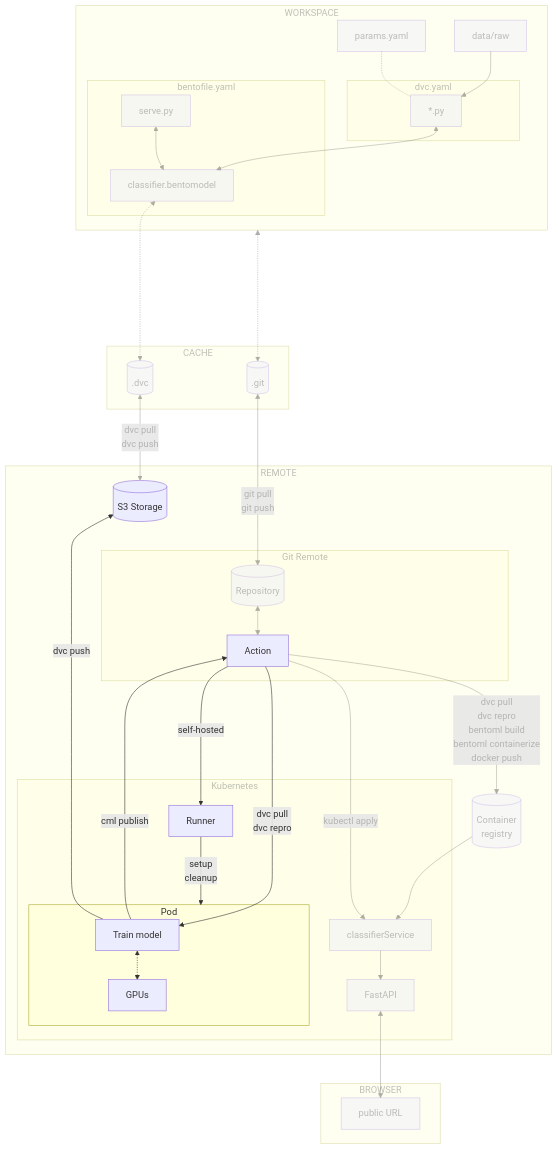
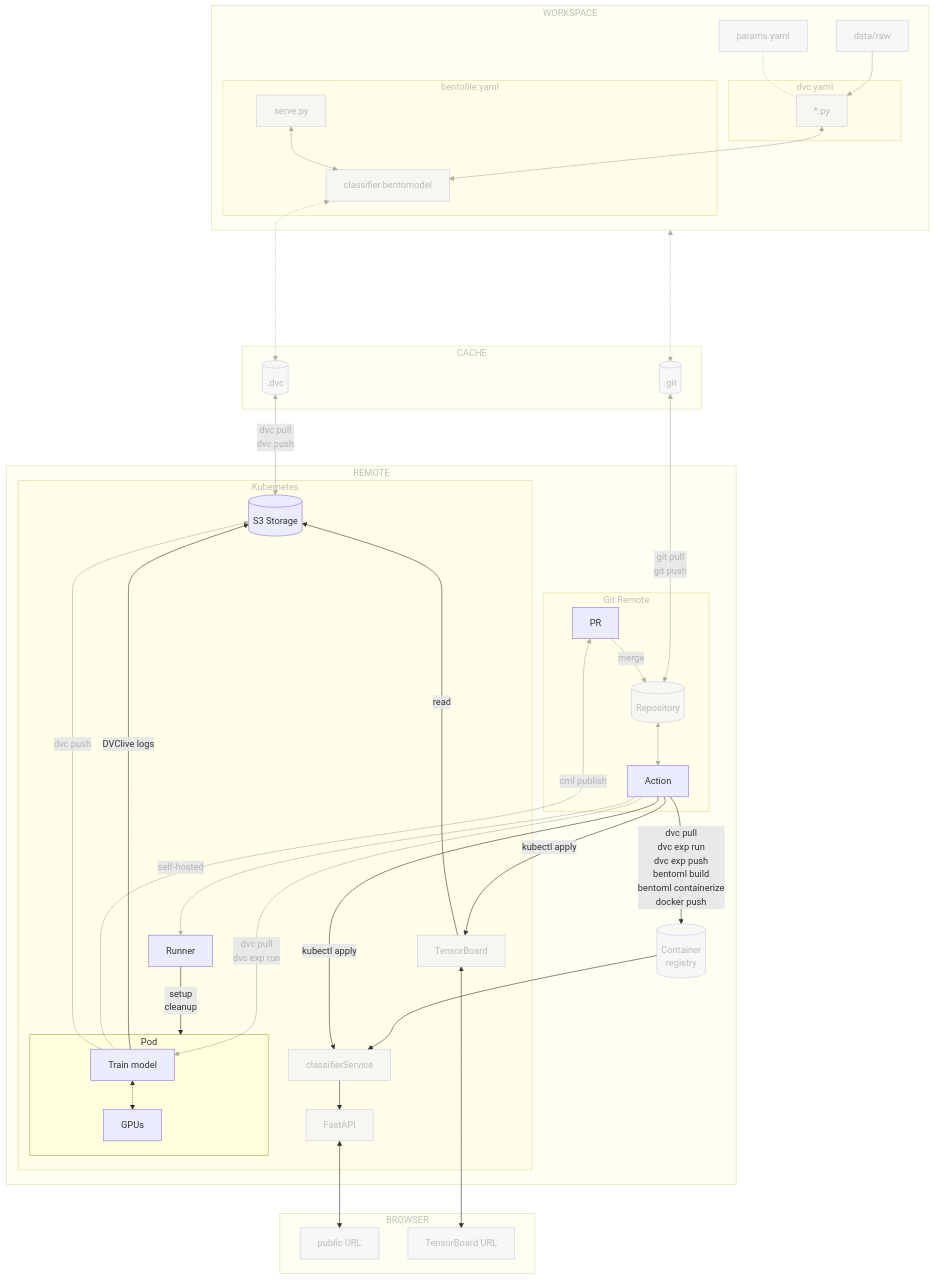
Before and after one commit to swiss-ai-center/a-guide-to-mlops: the diagram in docs/part-3-serve-and-deploy/chapter-38-train-the-model-on-a-kubernetes-pod.md, drawn with Mermaid. The commit also changed other lines of this file, not shown here.

Commit message:
Extend Kubernetes training chapter with DVC experiments, DVClive, and TensorBoard

```diff
--- a/docs/part-3-serve-and-deploy/chapter-38-train-the-model-on-a-kubernetes-pod.md
+++ b/docs/part-3-serve-and-deploy/chapter-38-train-the-model-on-a-kubernetes-pod.md
@@ -52,13 +57,15 @@
         s3_storage
         subgraph gitGraph[Git Remote]
             repository[(Repository)] <--> action[Action]
+            request[PR] --> |merge|repository
         end
         action --> |dvc pull
-                    dvc repro
+                    dvc exp run
+                    dvc exp push
                     bentoml build
                     bentoml containerize
                     docker push|registry
-        s3_storage ~~~ repository
+        s3_storage ~~~ request
         subgraph clusterGraph[Kubernetes]
             subgraph clusterPodGraph[Pod]
                 pod_train[Train model] <-.-> k8s_gpu[GPUs]
@@ -66,20 +73,24 @@
             pod_runner[Runner] --> |setup
                                     cleanup|clusterPodGraph
             action -->|dvc pull
-                       dvc repro| pod_train
+                       dvc exp run| pod_train
+            pod_train -->|DVClive logs| s3_storage
+            pod_tensorboard[TensorBoard] -->|read| s3_storage
             bento_service_cluster[classifierService] --> k8s_fastapi[FastAPI]
         end
         action --> |self-hosted|pod_runner
-        pod_train -->|cml publish| action
+        pod_train -->|cml publish| request
         pod_train -->|dvc push| s3_storage
 
         registry[(Container
                   registry)] --> bento_service_cluster
         action --> |kubectl apply|bento_service_cluster
+        action --> |kubectl apply|pod_tensorboard
     end
 
     subgraph browserGraph[BROWSER]
         k8s_fastapi <--> publicURL["public URL"]
+        pod_tensorboard <--> tensorboardURL["TensorBoard URL"]
     end
 
     style workspaceGraph opacity:0.4,color:#7f7f7f80
@@ -102,6 +113,8 @@
     style k8s_fastapi opacity:0.4,color:#7f7f7f80
     style browserGraph opacity:0.4,color:#7f7f7f80
     style publicURL opacity:0.4,color:#7f7f7f80
+    style pod_tensorboard opacity:0.4,color:#7f7f7f80
+    style tensorboardURL opacity:0.4,color:#7f7f7f80
     linkStyle 0 opacity:0.4,color:#7f7f7f80
     linkStyle 1 opacity:0.4,color:#7f7f7f80
     linkStyle 2 opacity:0.4,color:#7f7f7f80
```
